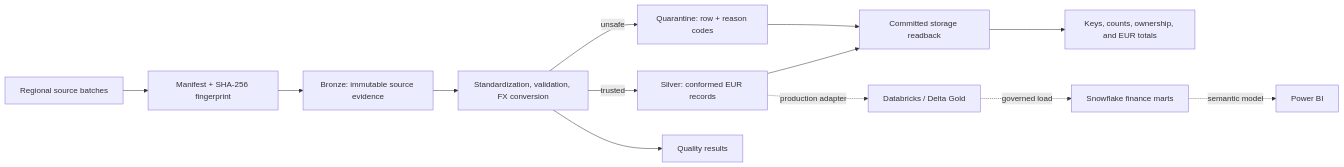
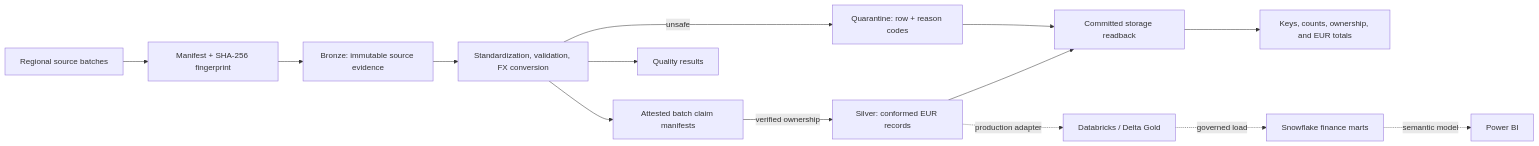
Before and after one commit to khanbelievable/Libra: the diagram in README.md, drawn with Mermaid. The commit also changed other lines of this file and 13 other files, not shown here.

````diff
--- a/README.md
+++ b/README.md
@@ -28,16 +33,17 @@
 ```mermaid
 flowchart LR
     Sources["Regional source batches"] --> Manifest["Manifest + SHA-256 fingerprint"]
     Manifest --> Bronze["Bronze: immutable source evidence"]
     Bronze --> Rules["Standardization, validation, FX conversion"]
-    Rules -->|trusted| Silver["Silver: conformed EUR records"]
+    Rules --> Claims["Attested batch claim manifests"]
+    Claims -->|verified ownership| Silver["Silver: conformed EUR records"]
     Rules -->|unsafe| Quarantine["Quarantine: row + reason codes"]
     Rules --> Quality["Quality results"]
     Silver --> Readback["Committed storage readback"]
     Quarantine --> Readback
     Readback --> Reconciliation["Keys, counts, ownership, and EUR totals"]
 
     Silver -. production adapter .-> Delta["Databricks / Delta Gold"]
     Delta -. governed load .-> Snowflake["Snowflake finance marts"]
     Snowflake -. semantic model .-> PowerBI["Power BI"]
 ```
````
